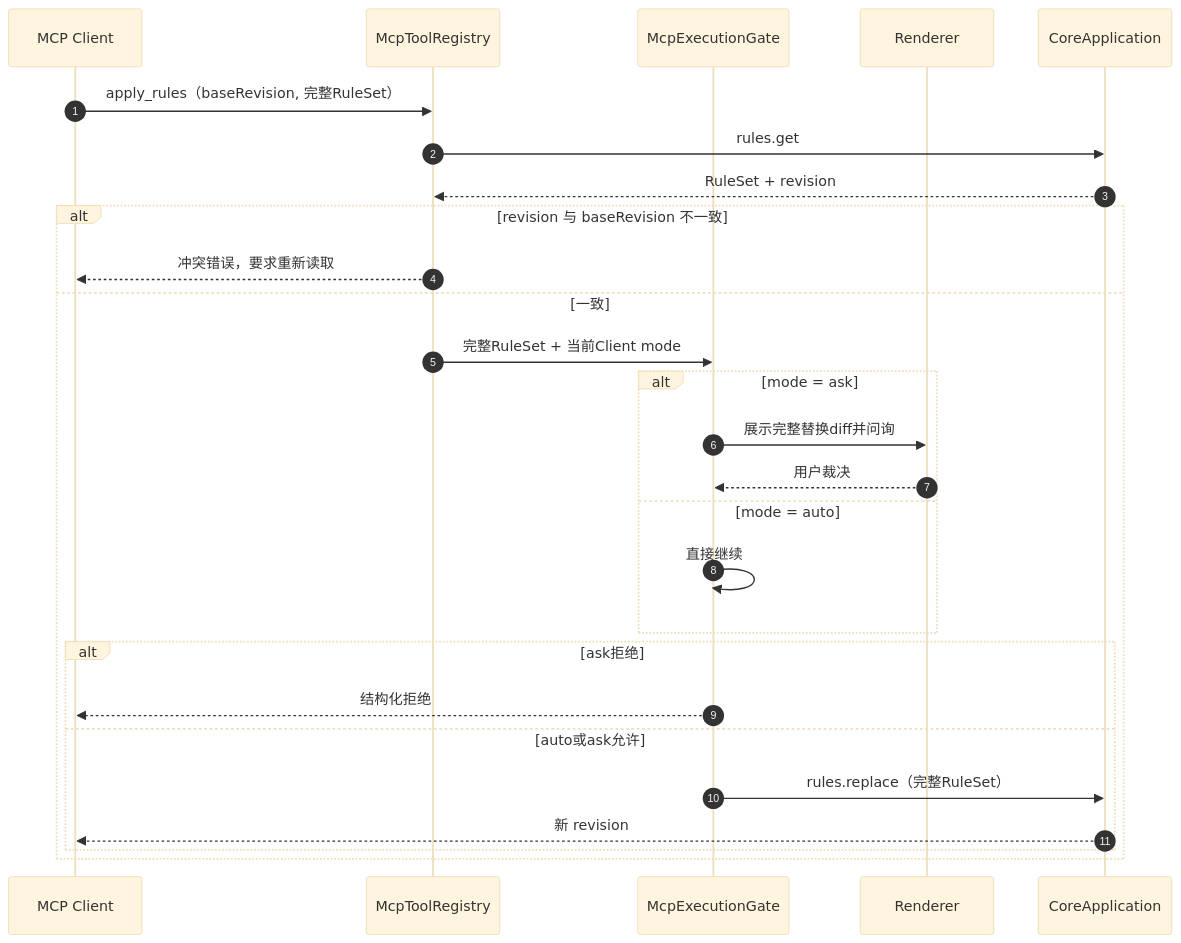
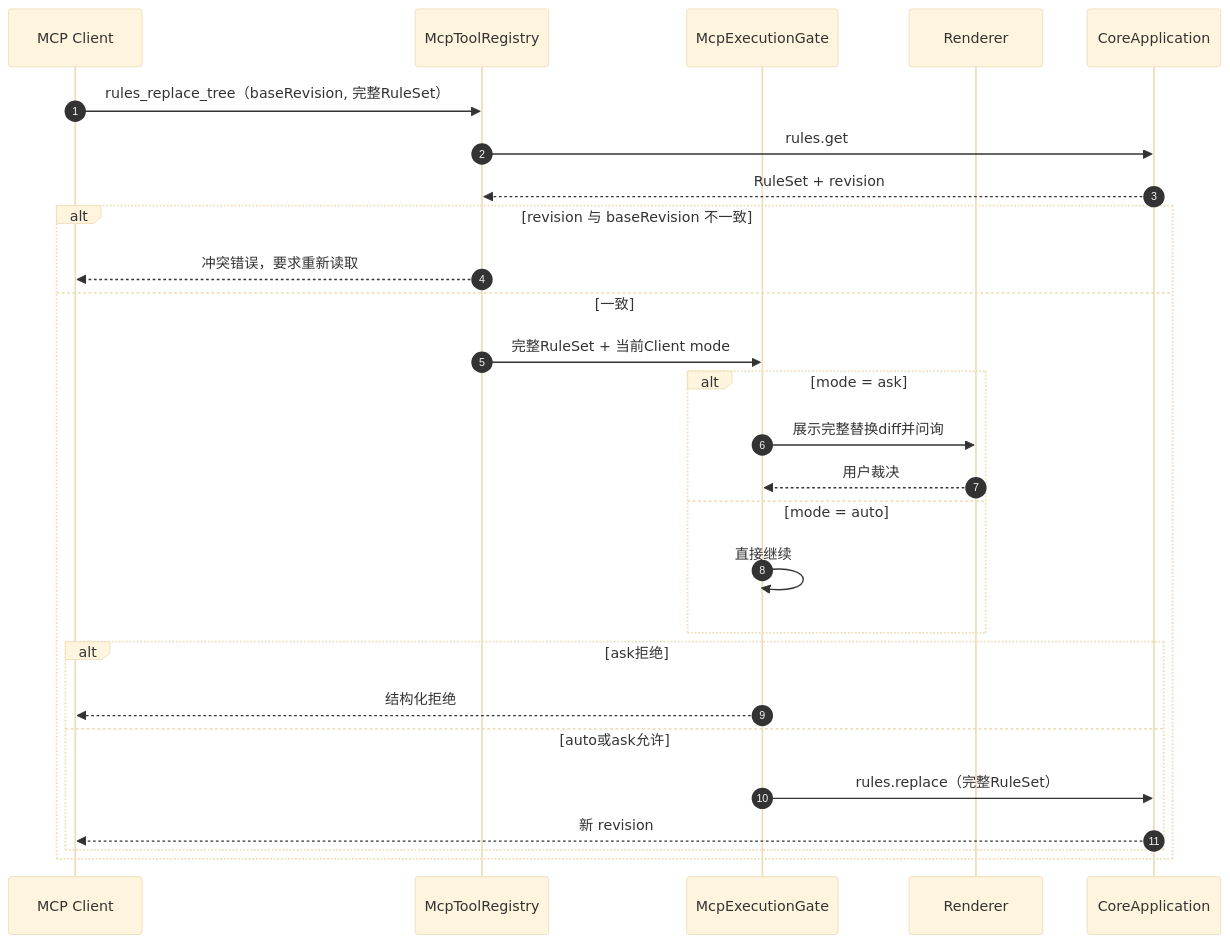
One commit to zhxmt-xm/Interceptor changed the second of 6 diagrams in architecture/features/mcp.md. Above: the diagram before and after it, drawn with Mermaid (base theme). The commit also changed other lines of this file and 73 other files, not shown here.

````diff
--- a/architecture/features/mcp.md
+++ b/architecture/features/mcp.md
@@ -147,30 +151,30 @@
 ```mermaid
 sequenceDiagram
     autonumber
     participant AI as MCP Client
     participant REG as McpToolRegistry
     participant GATE as McpExecutionGate
     participant UI as Renderer
     participant Core as CoreApplication
 
-    AI->>REG: apply_rules（baseRevision, 完整RuleSet）
+    AI->>REG: rules_replace_tree（baseRevision, 完整RuleSet）
     REG->>Core: rules.get
     Core-->>REG: RuleSet + revision
     alt revision 与 baseRevision 不一致
         REG-->>AI: 冲突错误，要求重新读取
     else 一致
         REG->>GATE: 完整RuleSet + 当前Client mode
         alt mode = ask
             GATE->>UI: 展示完整替换diff并问询
             UI-->>GATE: 用户裁决
         else mode = auto
             GATE->>GATE: 直接继续
         end
         alt ask拒绝
             GATE-->>AI: 结构化拒绝
         else auto或ask允许
             GATE->>Core: rules.replace（完整RuleSet）
             Core-->>AI: 新 revision
         end
     end
 ```
````
